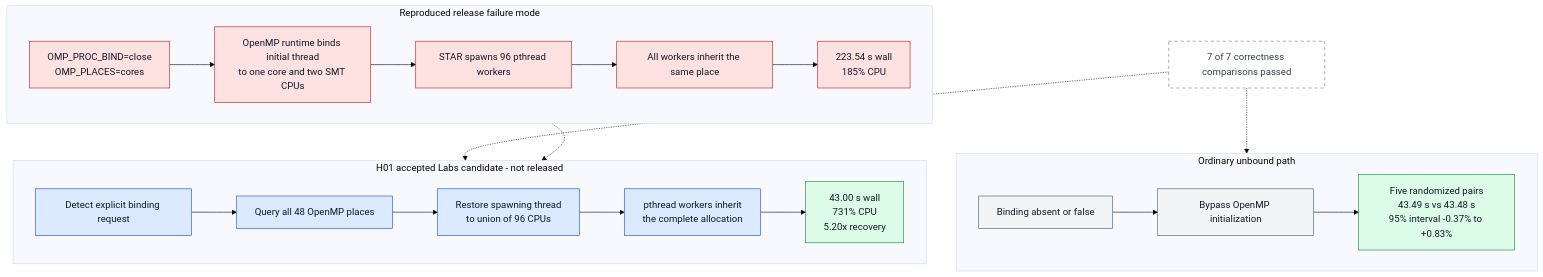
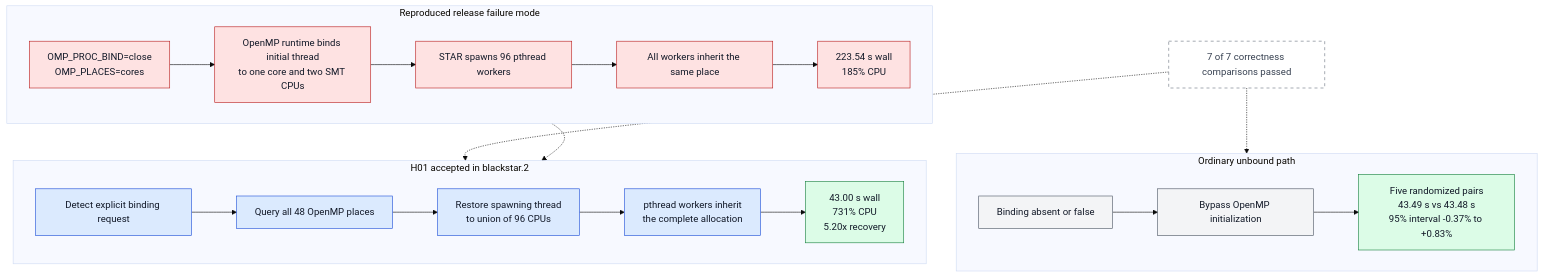
The diagram in docs/architecture/diagrams/src/F17-alignment-affinity-recovery.mmd (justinblethrow-cloud/STAR), drawn with Mermaid (base theme) before and after one commit. The commit also changed 52 other files, not shown here.

```diff
--- a/docs/architecture/diagrams/src/F17-alignment-affinity-recovery.mmd
+++ b/docs/architecture/diagrams/src/F17-alignment-affinity-recovery.mmd
@@ -1,43 +1,43 @@
 flowchart TB
     subgraph FAILURE["Reproduced release failure mode"]
         direction LR
         ENV["OMP_PROC_BIND=close<br/>OMP_PLACES=cores"]
         RUNTIME["OpenMP runtime binds initial thread<br/>to one core and two SMT CPUs"]
         SPAWN["STAR spawns 96 pthread workers"]
         INHERIT["All workers inherit the same place"]
         SLOW["223.54 s wall<br/>185% CPU"]
         ENV --> RUNTIME --> SPAWN --> INHERIT --> SLOW
     end
 
-    subgraph RECOVERY["H01 accepted Labs candidate - not released"]
+    subgraph RECOVERY["H01 accepted in blackstar.2"]
         direction LR
         DETECT["Detect explicit binding request"]
         QUERY["Query all 48 OpenMP places"]
         RESTORE["Restore spawning thread<br/>to union of 96 CPUs"]
         WORKERS["pthread workers inherit<br/>the complete allocation"]
         FAST["43.00 s wall<br/>731% CPU<br/>5.20x recovery"]
         DETECT --> QUERY --> RESTORE --> WORKERS --> FAST
     end
 
     subgraph ORDINARY["Ordinary unbound path"]
         direction LR
         UNSET["Binding absent or false"]
         BYPASS["Bypass OpenMP initialization"]
         PAIRS["Five randomized pairs<br/>43.49 s vs 43.48 s<br/>95% interval -0.37% to +0.83%"]
         UNSET --> BYPASS --> PAIRS
     end
 
     ENV -.-> DETECT
     CORRECT["7 of 7 correctness comparisons passed"] -.-> FAST
     CORRECT -.-> PAIRS
 
     classDef failure fill:#fee2e2,stroke:#b91c1c,color:#111827;
     classDef recovery fill:#dbeafe,stroke:#1d4ed8,color:#111827;
     classDef success fill:#dcfce7,stroke:#15803d,color:#111827;
     classDef ordinary fill:#f3f4f6,stroke:#4b5563,color:#111827;
     classDef note fill:#ffffff,stroke:#6b7280,color:#374151,stroke-dasharray: 5 5;
     class ENV,RUNTIME,SPAWN,INHERIT,SLOW failure;
     class DETECT,QUERY,RESTORE,WORKERS recovery;
     class FAST,PAIRS success;
     class UNSET,BYPASS ordinary;
     class CORRECT note;
```
